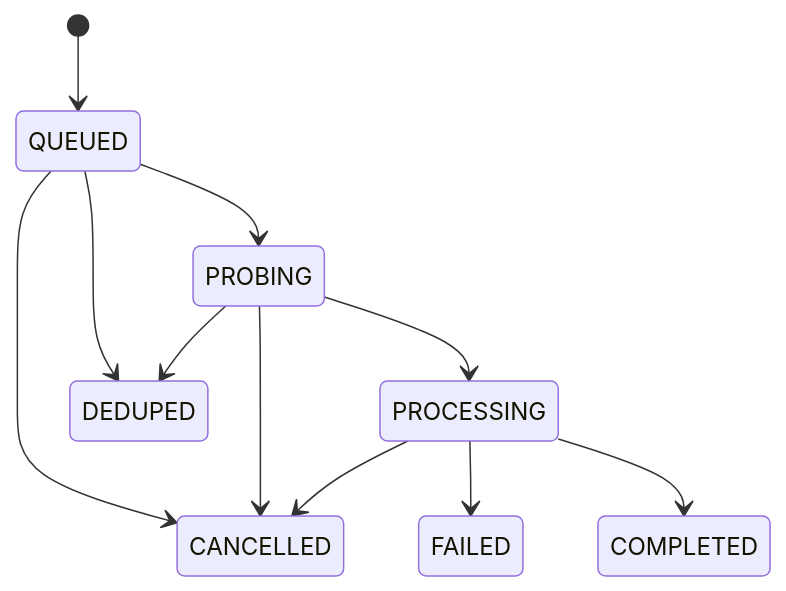
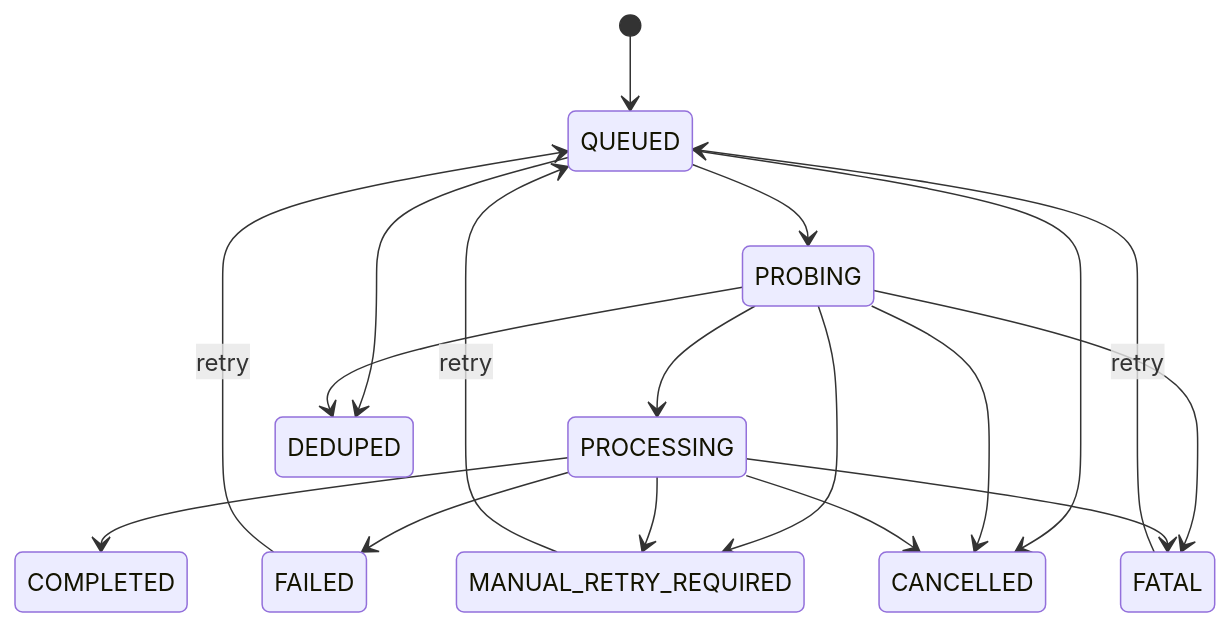
One commit to Hongxux/videoToMarkdown2 changed the second of 2 diagrams in docs/architecture/overview.md. Above: the diagram before and after it, drawn with Mermaid. The commit also changed other lines of this file and 43 other files, not shown here.

````diff
--- a/docs/architecture/overview.md
+++ b/docs/architecture/overview.md
@@ -121,13 +122,20 @@
 ```mermaid
 stateDiagram-v2
     [*] --> QUEUED
     QUEUED --> PROBING
     PROBING --> PROCESSING
     PROCESSING --> COMPLETED
     PROCESSING --> FAILED
+    PROBING --> MANUAL_RETRY_REQUIRED
+    PROCESSING --> MANUAL_RETRY_REQUIRED
+    PROBING --> FATAL
+    PROCESSING --> FATAL
+    FAILED --> QUEUED: retry
+    MANUAL_RETRY_REQUIRED --> QUEUED: retry
+    FATAL --> QUEUED: retry
     QUEUED --> DEDUPED
     PROBING --> DEDUPED
     QUEUED --> CANCELLED
     PROBING --> CANCELLED
     PROCESSING --> CANCELLED
 ```
````
